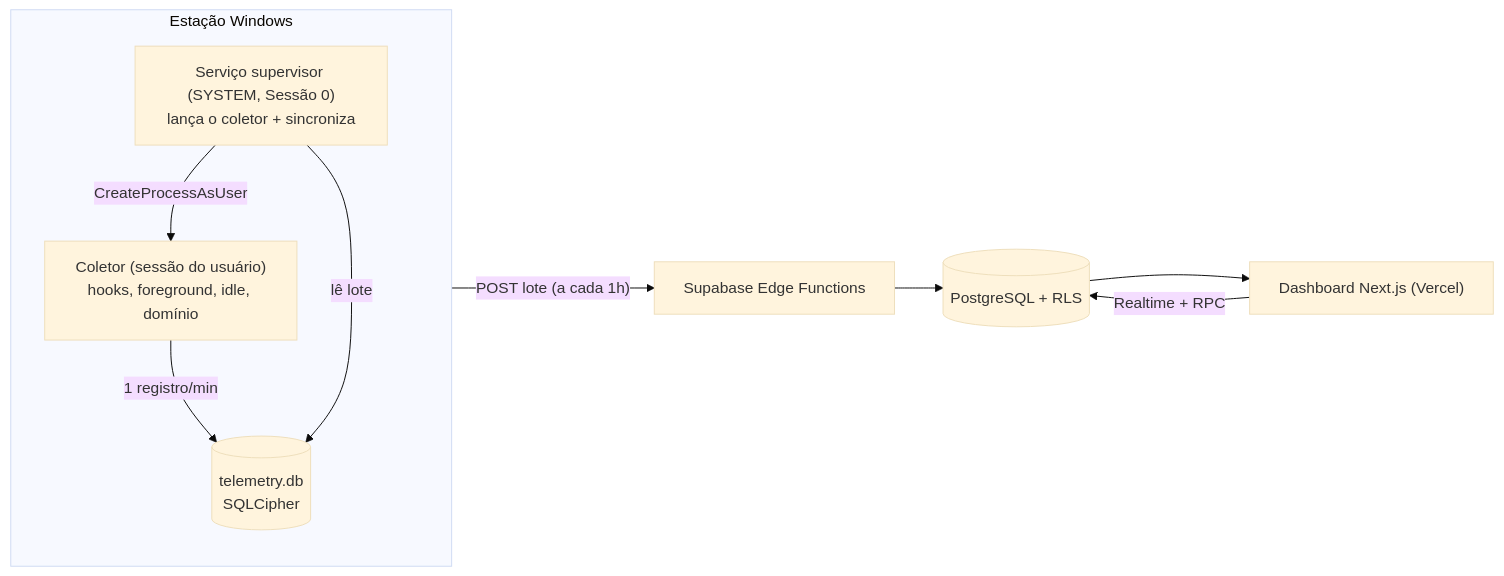
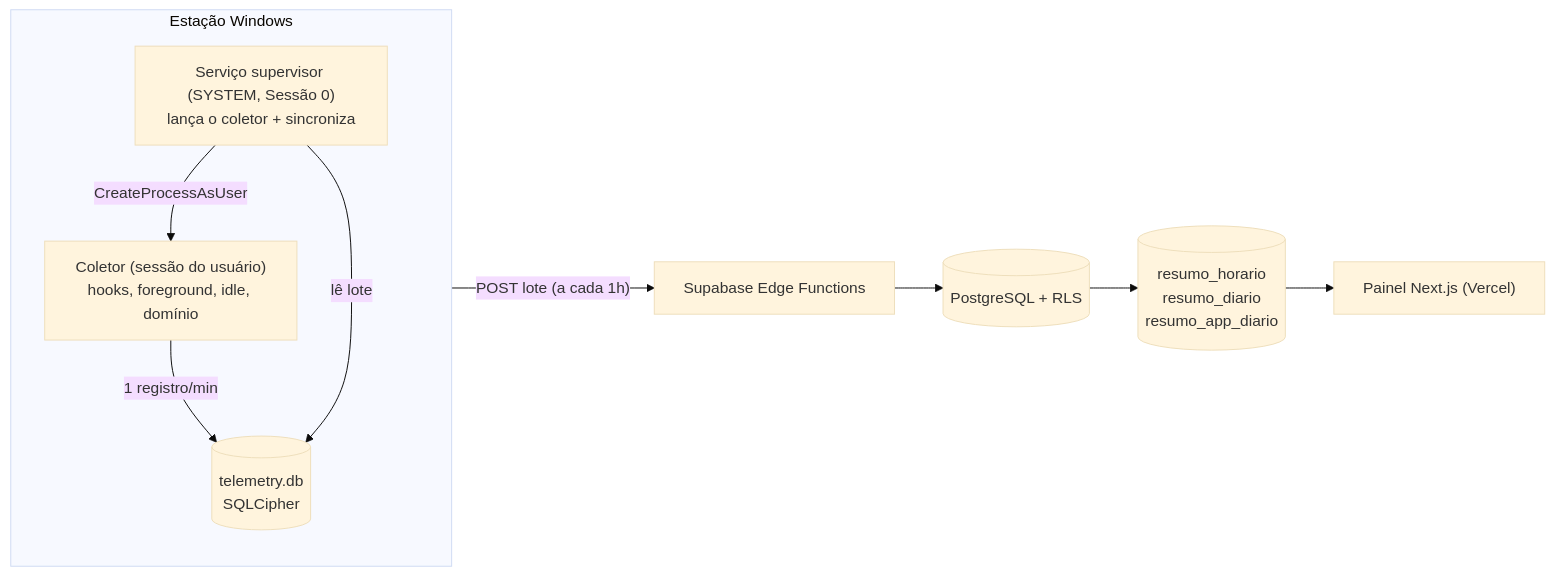
One commit to GabrielSchandler/newsecfocus changed the diagram in README.md. Above: the diagram before and after it, drawn with Mermaid (base theme). The commit also changed other lines of this file and 59 other files, not shown here.

````diff
--- a/README.md
+++ b/README.md
@@ -19,16 +19,16 @@
 ```mermaid
 flowchart LR
     subgraph Estacao["Estação Windows"]
         direction TB
         Coletor["Coletor (sessão do usuário)\nhooks, foreground, idle, domínio"]
         Servico["Serviço supervisor (SYSTEM, Sessão 0)\nlança o coletor + sincroniza"]
         SQLite[("telemetry.db\nSQLCipher")]
         Coletor -- "1 registro/min" --> SQLite
         Servico -- "lê lote" --> SQLite
         Servico -- "CreateProcessAsUser" --> Coletor
     end
     Servico -- "POST lote (a cada 1h)" --> Edge["Supabase Edge Functions"]
     Edge --> DB[("PostgreSQL + RLS")]
-    DB --> Dash["Dashboard Next.js (Vercel)"]
-    Dash -- "Realtime + RPC" --> DB
+    DB --> Agregados[("resumo_horario\nresumo_diario\nresumo_app_diario")]
+    Agregados --> Dash["Painel Next.js (Vercel)"]
 ```
````
